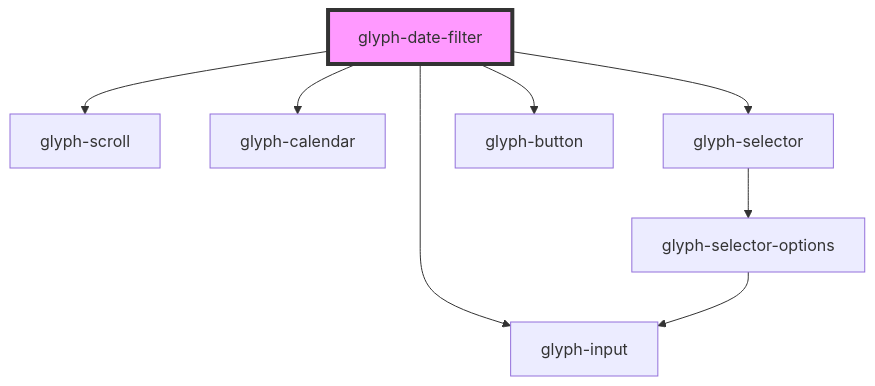
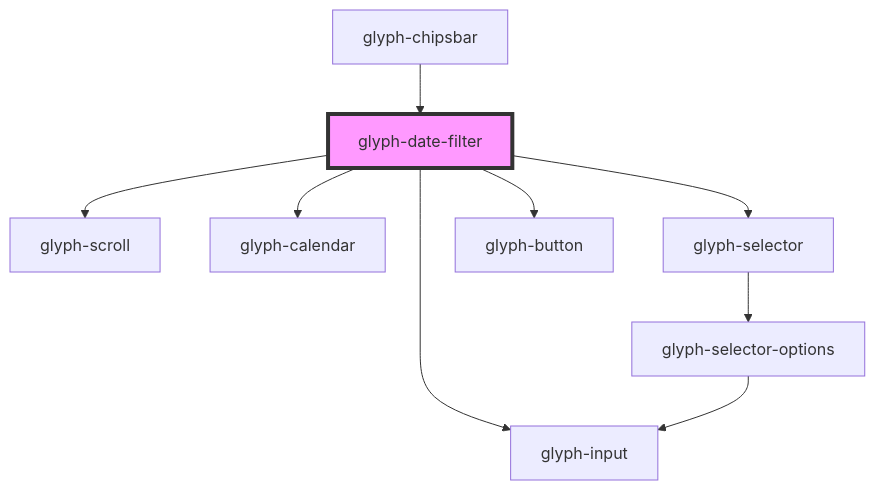
One commit to adrianiy/synth-ui changed the diagram in packages/glyph-components/src/components/date-filter/readme.md. Above: the diagram before and after it, drawn with Mermaid. The commit also changed other lines of this file and 11 other files, not shown here.

Commit message:
chore: add date filter example in chipsbar

````diff
--- a/packages/glyph-components/src/components/date-filter/readme.md
+++ b/packages/glyph-components/src/components/date-filter/readme.md
@@ -52,11 +56,12 @@
 ```mermaid
 graph TD;
   glyph-date-filter --> glyph-scroll
   glyph-date-filter --> glyph-calendar
   glyph-date-filter --> glyph-selector
   glyph-date-filter --> glyph-input
   glyph-date-filter --> glyph-button
   glyph-selector --> glyph-selector-options
   glyph-selector-options --> glyph-input
+  glyph-chipsbar --> glyph-date-filter
   style glyph-date-filter fill:#f9f,stroke:#333,stroke-width:4px
 ```
````
